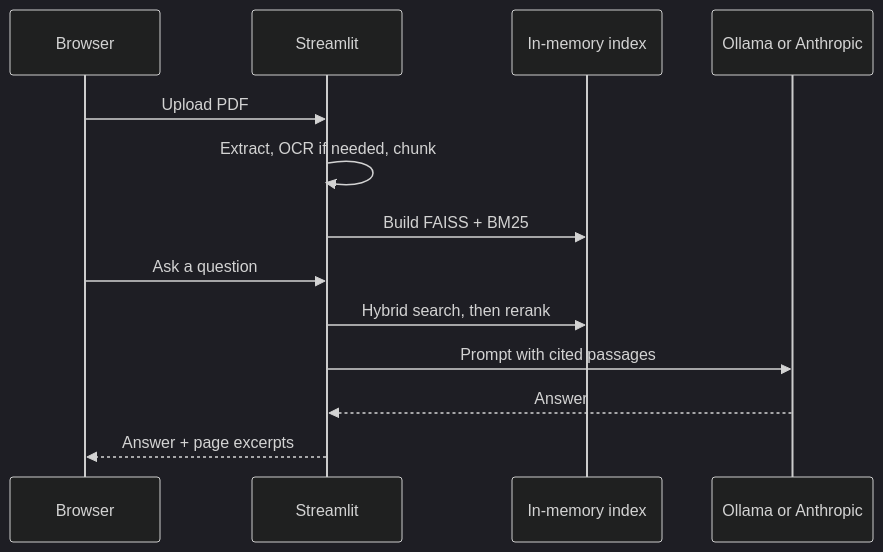
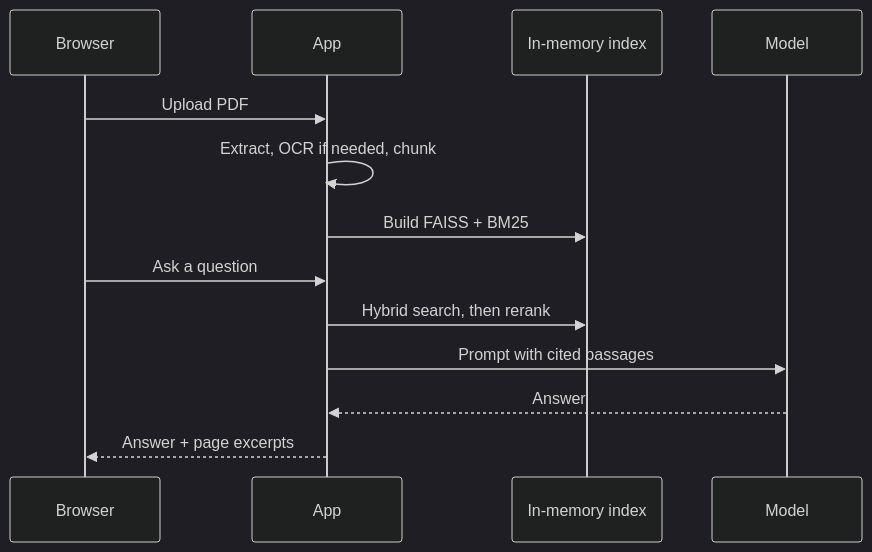
Before and after one commit to RoxanaTapia/ai-doc-to-chat-pipeline: the second of 3 diagrams in docs/README.md, drawn with Mermaid (dark theme). The commit also changed other lines of this file and 9 other files, not shown here.

````diff
--- a/docs/README.md
+++ b/docs/README.md
@@ -62,16 +62,16 @@
 ```mermaid
 sequenceDiagram
   participant U as Browser
-  participant S as Streamlit
+  participant S as App
   participant I as In-memory index
-  participant M as Ollama or Anthropic
+  participant M as Model
 
   U->>S: Upload PDF
   S->>S: Extract, OCR if needed, chunk
   S->>I: Build FAISS + BM25
   U->>S: Ask a question
   S->>I: Hybrid search, then rerank
   S->>M: Prompt with cited passages
   M-->>S: Answer
   S-->>U: Answer + page excerpts
 ```
````
